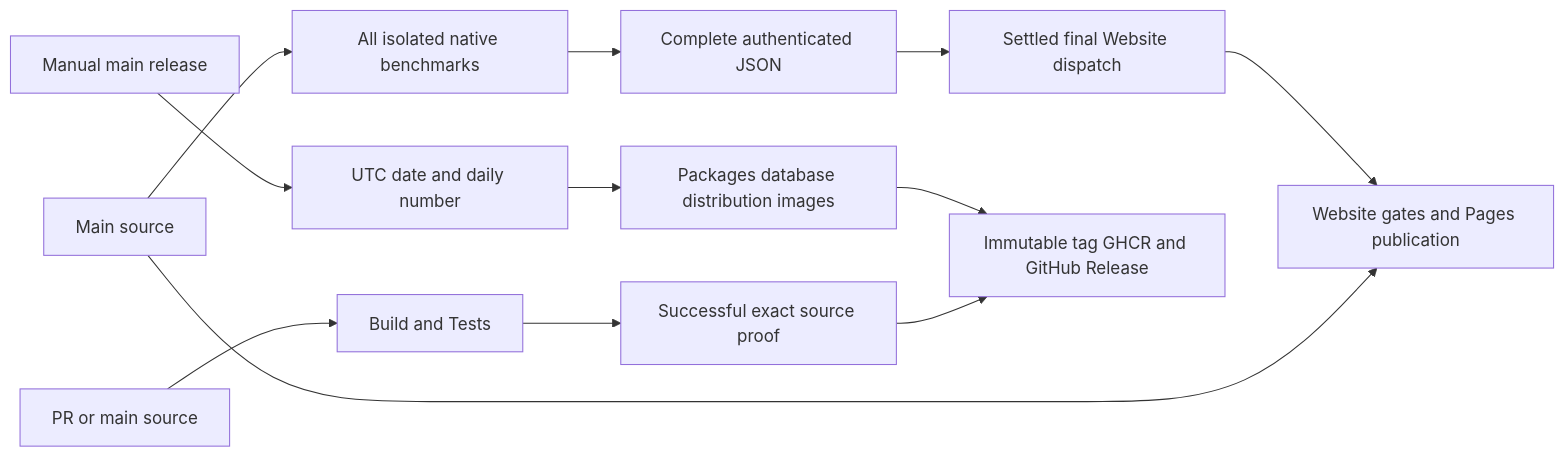
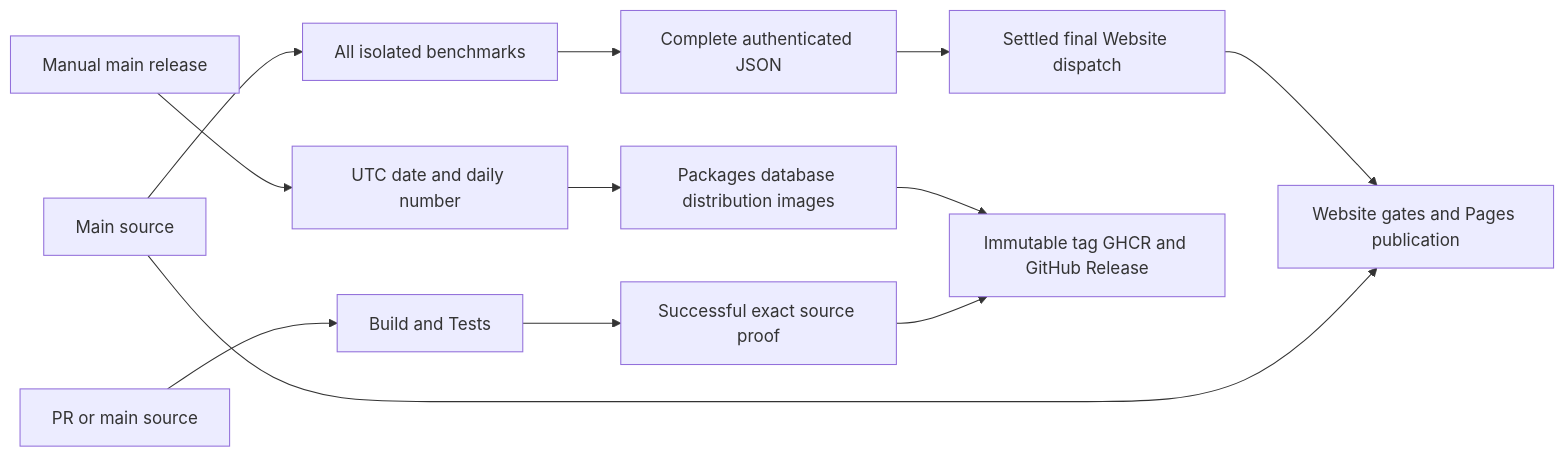
One commit to managedcode/KeyLoad changed diagram 29 of 30 in docs/Architecture.md. Above: the diagram before and after it, drawn with Mermaid. The commit also changed other lines of this file and 9016 other files, not shown here.

````diff
--- a/docs/Architecture.md
+++ b/docs/Architecture.md
@@ -800,14 +809,14 @@
 ```mermaid
 flowchart LR
     Source[PR or main source] --> CI[Build and Tests]
-    Main[Main source] --> Benchmarks[All isolated native benchmarks]
+    Main[Main source] --> Benchmarks[All isolated benchmarks]
     Benchmarks --> Aggregate[Complete authenticated JSON]
     Aggregate --> Dispatch[Settled final Website dispatch]
     Dispatch --> Site[Website gates and Pages publication]
     Main --> Site
     Manual[Manual main release] --> Reserve[UTC date and daily number]
     Reserve --> Build[Packages database distribution images]
     CI --> Gate[Successful exact source proof]
     Build --> Publish[Immutable tag GHCR and GitHub Release]
     Gate --> Publish
 ```
````
